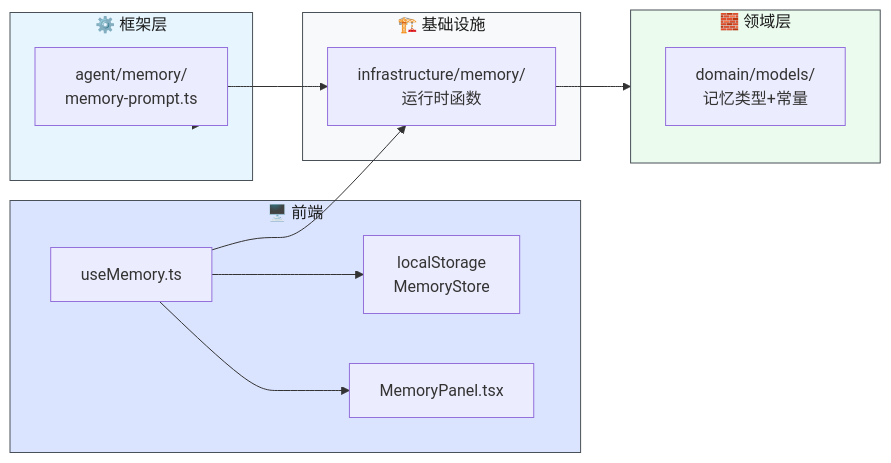
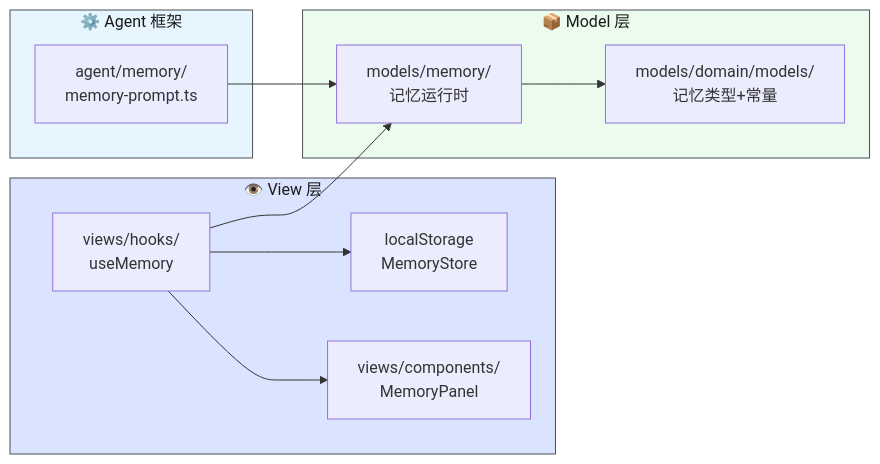
The third of 7 diagrams in src/CLAUDE.md (yjzaaa/leave-approval-agent), drawn with Mermaid before and after one commit. The commit also changed other lines of this file and 126 other files, not shown here.

First line of the commit message:
refactor: MVC 全栈重组 — client/server/domain/scenarios → views/controllers/models

````diff
--- a/src/CLAUDE.md
+++ b/src/CLAUDE.md
@@ -145,32 +145,27 @@
 ```mermaid
 graph LR
-    subgraph Frontend["🖥️ 前端"]
+    subgraph View["👁️ View 层"]
         LS["localStorage<br/>MemoryStore"]
-        Hook["useMemory.ts"]
-        Panel["MemoryPanel.tsx"]
+        Hook["views/hooks/<br/>useMemory"]
+        Panel["views/components/<br/>MemoryPanel"]
     end
 
-    subgraph AgentLayer["⚙️ 框架层"]
+    subgraph AgentLayer["⚙️ Agent 框架"]
         Format["agent/memory/<br/>memory-prompt.ts"]
     end
 
-    subgraph Infra["🏗️ 基础设施"]
-        Types["infrastructure/memory/<br/>运行时函数"]
-    end
-
-    subgraph DomainLayer["🧱 领域层"]
-        MemTypes["domain/models/<br/>记忆类型+常量"]
+    subgraph Model["📦 Model 层"]
+        MemRT["models/memory/<br/>记忆运行时"]
+        MemTypes["models/domain/models/<br/>记忆类型+常量"]
     end
 
     Hook --> LS
     Hook --> Panel
-    Hook --> Types
-    Format --> Types
-    AgentLayer --> Format
-    Types --> DomainLayer
+    Hook --> MemRT
+    Format --> MemRT
+    MemRT --> MemTypes
 
-    style Frontend fill:#dbe4ff,stroke:#495057,color:#1a1a1a
+    style View fill:#dbe4ff,stroke:#495057,color:#1a1a1a
     style AgentLayer fill:#e7f5ff,stroke:#495057,color:#1a1a1a
-    style Infra fill:#f8f9fa,stroke:#495057,color:#1a1a1a
-    style DomainLayer fill:#ebfbee,stroke:#495057,color:#1a1a1a
+    style Model fill:#ebfbee,stroke:#495057,color:#1a1a1a
 ```
````
